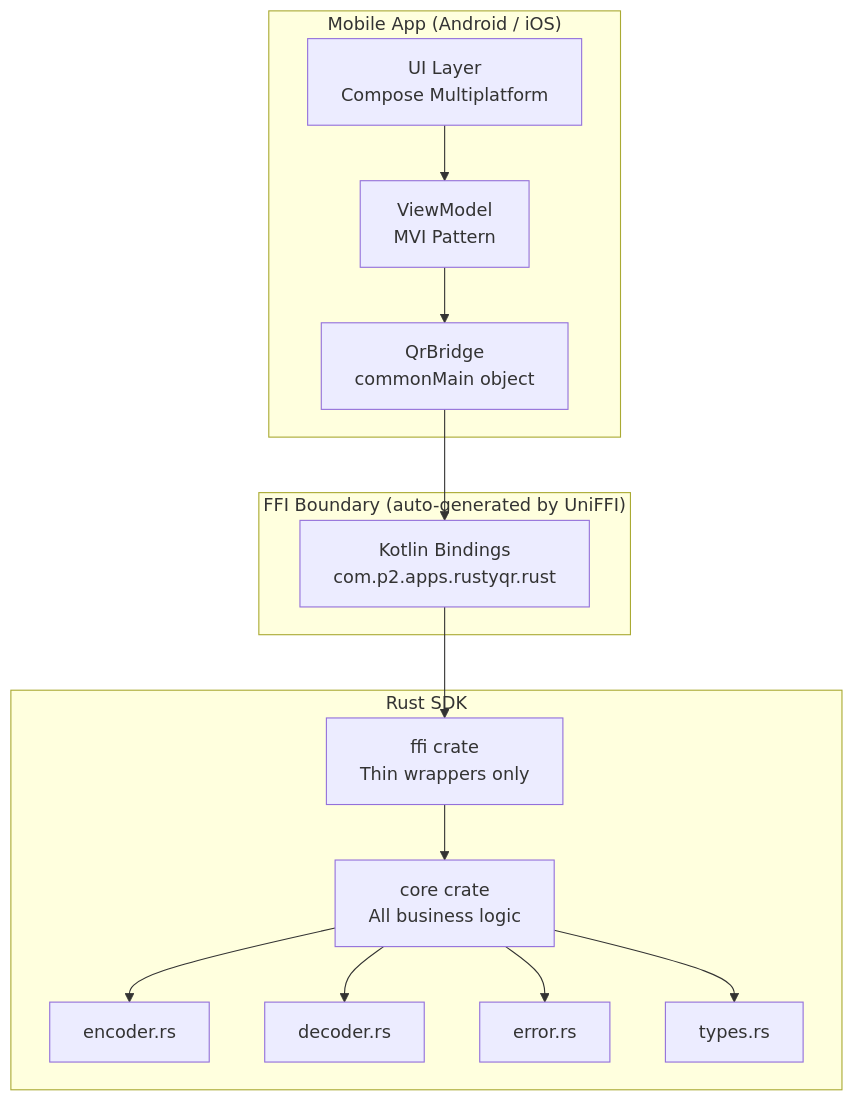
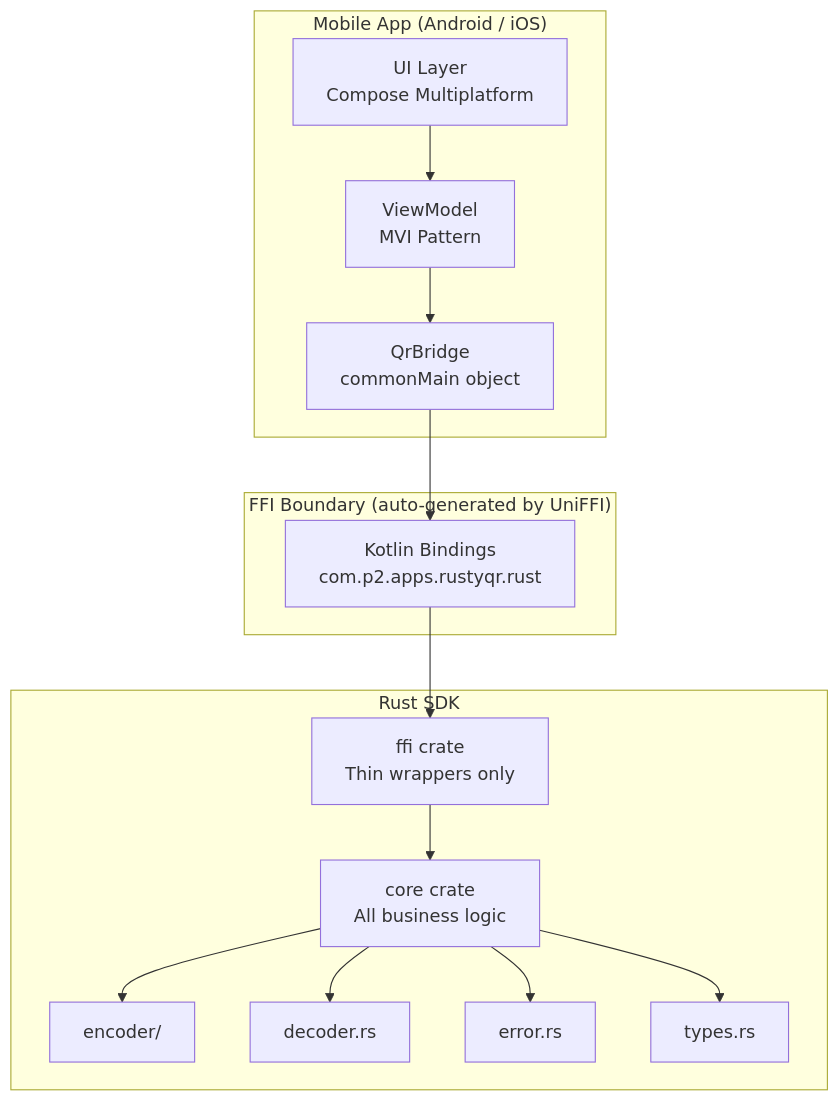
Before and after one commit to prasannajeet/RustyQR: the fifth of 8 diagrams in rustySDK/README.md, drawn with Mermaid. The commit also changed other lines of this file and 188 other files, not shown here.

````diff
--- a/rustySDK/README.md
+++ b/rustySDK/README.md
@@ -533,31 +536,31 @@
 ```mermaid
 graph TB
     subgraph "Mobile App (Android / iOS)"
         UI[UI Layer<br/>Compose Multiplatform]
         VM[ViewModel<br/>MVI Pattern]
         Bridge[QrBridge<br/>commonMain object]
     end
 
     subgraph "FFI Boundary (auto-generated by UniFFI)"
         KT[Kotlin Bindings<br/>com.p2.apps.rustyqr.rust]
     end
 
     subgraph "Rust SDK"
         FFI[ffi crate<br/>Thin wrappers only]
         Core[core crate<br/>All business logic]
-        Enc[encoder.rs]
+        Enc[encoder/]
         Dec[decoder.rs]
         Err[error.rs]
         Typ[types.rs]
     end
 
     UI --> VM
     VM --> Bridge
     Bridge --> KT
     KT --> FFI
     FFI --> Core
     Core --> Enc
     Core --> Dec
     Core --> Err
     Core --> Typ
 ```
````
